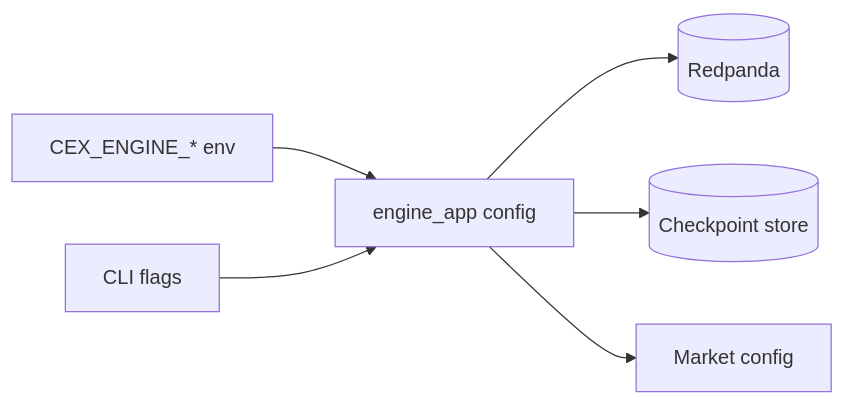
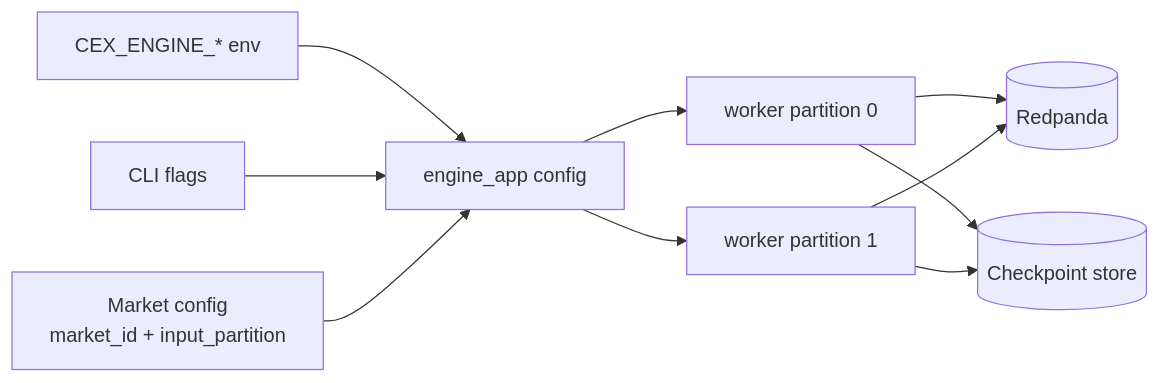
One commit to whoisasx/exchange-engine changed the diagram in docs/configuration.md. Above: the diagram before and after it, drawn with Mermaid. The commit also changed other lines of this file and 21 other files, not shown here.

````diff
--- a/docs/configuration.md
+++ b/docs/configuration.md
@@ -26,8 +26,12 @@
 ```mermaid
 flowchart LR
     env[CEX_ENGINE_* env] --> app[engine_app config]
     cli[CLI flags] --> app
-    app --> rp[(Redpanda)]
-    app --> store[(Checkpoint store)]
-    app --> markets[Market config]
+    markets[Market config<br/>market_id + input_partition] --> app
+    app --> worker0[worker partition 0]
+    app --> worker1[worker partition 1]
+    worker0 --> rp[(Redpanda)]
+    worker1 --> rp
+    worker0 --> store[(Checkpoint store)]
+    worker1 --> store
 ```
````
